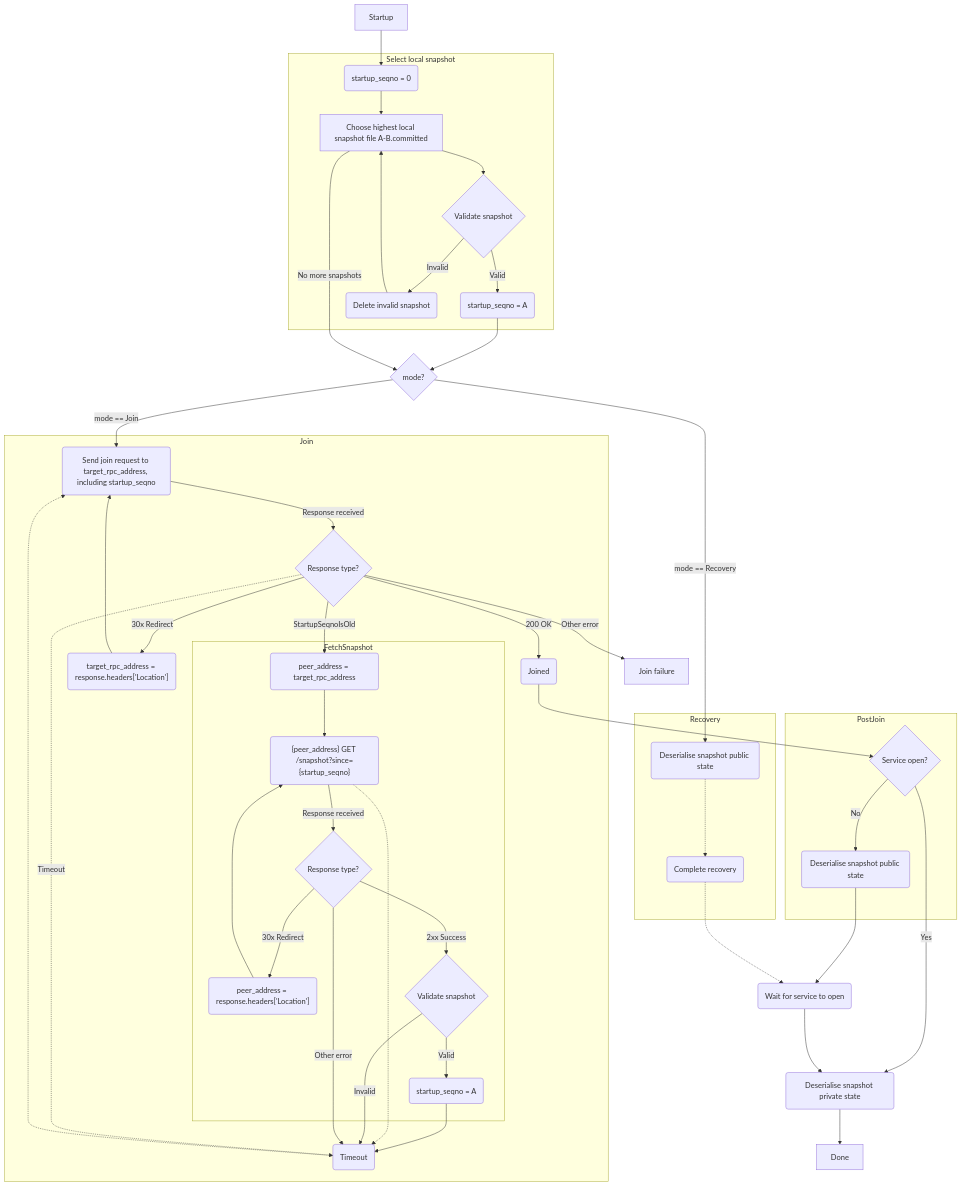
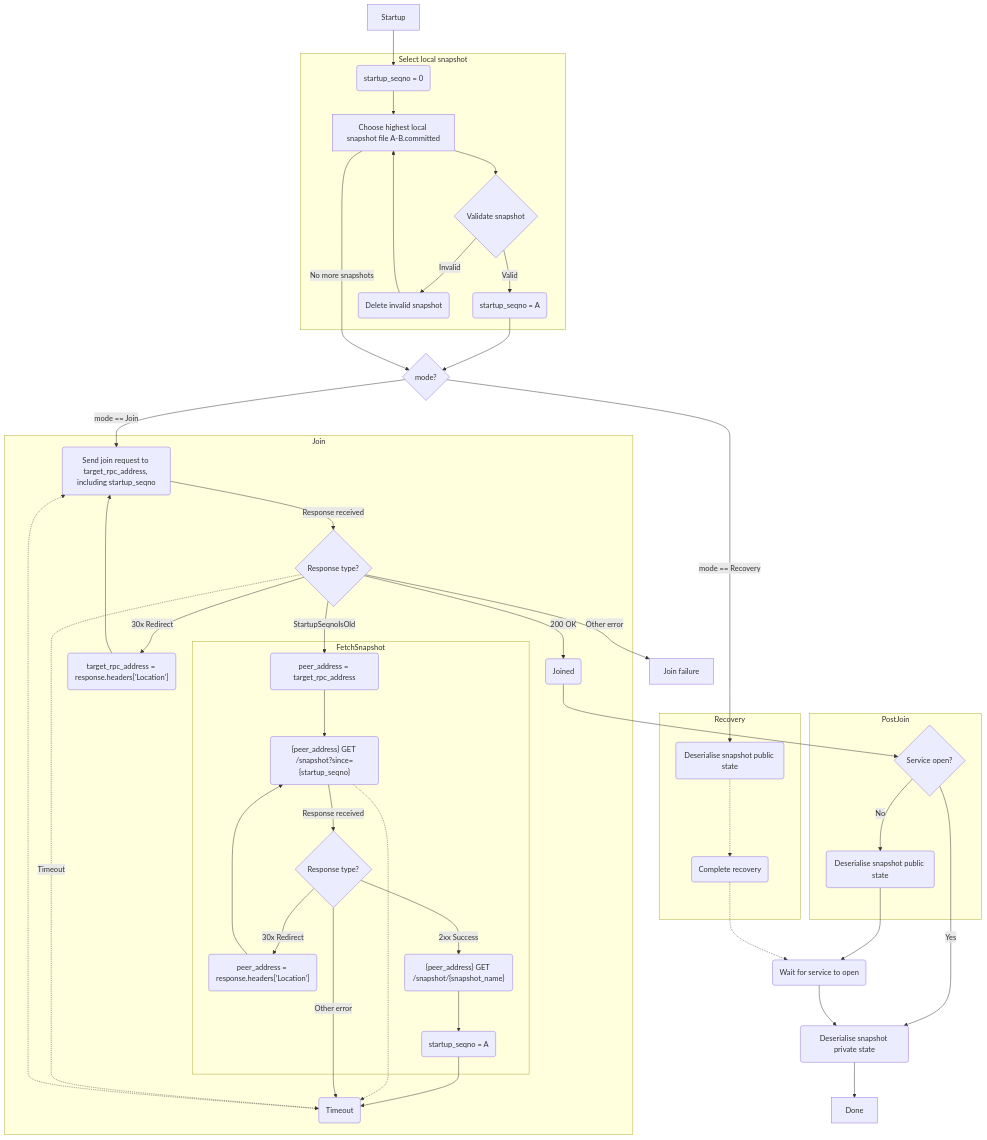
One commit to microsoft/CCF changed the diagram in doc/operations/ledger_snapshot.rst. Above: the diagram before and after it, drawn with Mermaid. The commit also changed other lines of this file, not shown here.

Commit message:
Update flowchart

```diff
--- a/doc/operations/ledger_snapshot.rst
+++ b/doc/operations/ledger_snapshot.rst
@@ -78,89 +78,88 @@
 .. mermaid::
   flowchart TD
-      startup["Startup"]
-  
-      select.init_assign("startup_seqno = 0")
-      select.next_local["Choose highest local snapshot file A-B.committed"]
-      select.verify{"Validate snapshot"}
-      select.valid("startup_seqno = A")
-      select.delete("Delete invalid snapshot")
-  
-      test_mode{"mode?"}
-  
-      join.complete("Joined")
-      join.failure["Join failure"]
-      join.redirect("target_rpc_address = response.headers['Location']")
-      join.response{"Response type?"}
-      join.send("Send join request to target_rpc_address, including startup_seqno")
-      join.timeout("Timeout")
-      
-      fetch.apply("startup_seqno = A")
-      fetch.begin("peer_address = target_rpc_address")
-      fetch.redirect("peer_address = response.headers['Location']")
-      fetch.response{"Response type?"}
-      fetch.send("{peer_address} GET /snapshot?since={startup_seqno}")
-      fetch.verify{"Validate snapshot"}
-  
-      recovery.process("Complete recovery")
-      recovery.public("Deserialise snapshot public state")
-  
-      postjoin.service_open{"Service open?"}
-      postjoin.public("Deserialise snapshot public state")
-  
-      wait_for_open("Wait for service to open")
-      secrets_available("Deserialise snapshot private state")
-      done["Done"]
-  
-      startup --> select.init_assign
-      subgraph Select local snapshot
-          select.init_assign --> select.next_local
-          select.next_local --> select.verify
-          select.verify -->|Valid| select.valid
-          select.verify -->|Invalid| select.delete
-          select.delete --> select.next_local
-      end
-      select.valid --> test_mode
-      select.next_local -->|No more snapshots| test_mode
-  
-      test_mode -->|mode == Join| join.send
-      subgraph Join
-          join.timeout -.-> join.send
-          join.send -->|Response received| join.response
-          join.response -->|200 OK| join.complete
-          join.response -->|30x Redirect| join.redirect
-          join.redirect --> join.send
-  
-          join.response -->|StartupSeqnoIsOld| fetch.begin
-          subgraph FetchSnapshot
-              fetch.begin --> fetch.send
-              fetch.send -->|Response received| fetch.response
-              fetch.response -->|2xx Success| fetch.verify
-              fetch.verify -->|Valid| fetch.apply
-              fetch.response -->|30x Redirect| fetch.redirect
-              fetch.redirect --> fetch.send
-          end
-          fetch.apply --> join.timeout
-          fetch.send -.-> join.timeout
-          fetch.verify -->|Invalid| join.timeout
-          fetch.response -->|Other error| join.timeout
-  
-          join.response -.->|Timeout| join.timeout
-      end
-      join.response -->|Other error| join.failure
-  
-      join.complete --> postjoin.service_open
-  
-      subgraph PostJoin
-          postjoin.service_open -->|No| postjoin.public
-      end
-      postjoin.service_open -->|Yes| secrets_available
-      postjoin.public --> wait_for_open
-  
-      test_mode -->|mode == Recovery| recovery.public
-      subgraph Recovery
-          recovery.public -.-> recovery.process
-      end
-      recovery.process -.-> wait_for_open
-  
-      wait_for_open --> secrets_available
-      secrets_available --> done
+        startup["Startup"]
+    
+        select.init_assign("startup_seqno = 0")
+        select.next_local["Choose highest local snapshot file A-B.committed"]
+        select.verify{"Validate snapshot"}
+        select.valid("startup_seqno = A")
+        select.delete("Delete invalid snapshot")
+    
+        test_mode{"mode?"}
+    
+        join.complete("Joined")
+        join.failure["Join failure"]
+        join.redirect("target_rpc_address = response.headers['Location']")
+        join.response{"Response type?"}
+        join.send("Send join request to target_rpc_address, including startup_seqno")
+        join.timeout("Timeout")
+        
+        fetch.apply("startup_seqno = A")
+        fetch.begin("peer_address = target_rpc_address")
+        fetch.redirect("peer_address = response.headers['Location']")
+        fetch.response{"Response type?"}
+        fetch.send("{peer_address} GET /snapshot?since={startup_seqno}")
+        fetch.fetch("{peer_address} GET /snapshot/{snapshot_name}")
+    
+        recovery.process("Complete recovery")
+        recovery.public("Deserialise snapshot public state")
+    
+        postjoin.service_open{"Service open?"}
+        postjoin.public("Deserialise snapshot public state")
+    
+        wait_for_open("Wait for service to open")
+        secrets_available("Deserialise snapshot private state")
+        done["Done"]
+    
+        startup --> select.init_assign
+        subgraph Select local snapshot
+            select.init_assign --> select.next_local
+            select.next_local --> select.verify
+            select.verify -->|Valid| select.valid
+            select.verify -->|Invalid| select.delete
+            select.delete --> select.next_local
+        end
+        select.valid --> test_mode
+        select.next_local -->|No more snapshots| test_mode
+    
+        test_mode -->|mode == Join| join.send
+        subgraph Join
+            join.timeout -.-> join.send
+            join.send -->|Response received| join.response
+            join.response -->|200 OK| join.complete
+            join.response -->|30x Redirect| join.redirect
+            join.redirect --> join.send
+    
+            join.response -->|StartupSeqnoIsOld| fetch.begin
+            subgraph FetchSnapshot
+                fetch.begin --> fetch.send
+                fetch.send -->|Response received| fetch.response
+                fetch.response -->|2xx Success| fetch.fetch
+                fetch.fetch --> fetch.apply
+                fetch.response -->|30x Redirect| fetch.redirect
+                fetch.redirect --> fetch.send
+            end
+            fetch.apply --> join.timeout
+            fetch.send -.-> join.timeout
+            fetch.response -->|Other error| join.timeout
+    
+            join.response -.->|Timeout| join.timeout
+        end
+        join.response -->|Other error| join.failure
+    
+        join.complete --> postjoin.service_open
+    
+        subgraph PostJoin
+            postjoin.service_open -->|No| postjoin.public
+        end
+        postjoin.service_open -->|Yes| secrets_available
+        postjoin.public --> wait_for_open
+    
+        test_mode -->|mode == Recovery| recovery.public
+        subgraph Recovery
+            recovery.public -.-> recovery.process
+        end
+        recovery.process -.-> wait_for_open
+    
+        wait_for_open --> secrets_available
+        secrets_available --> done
```
